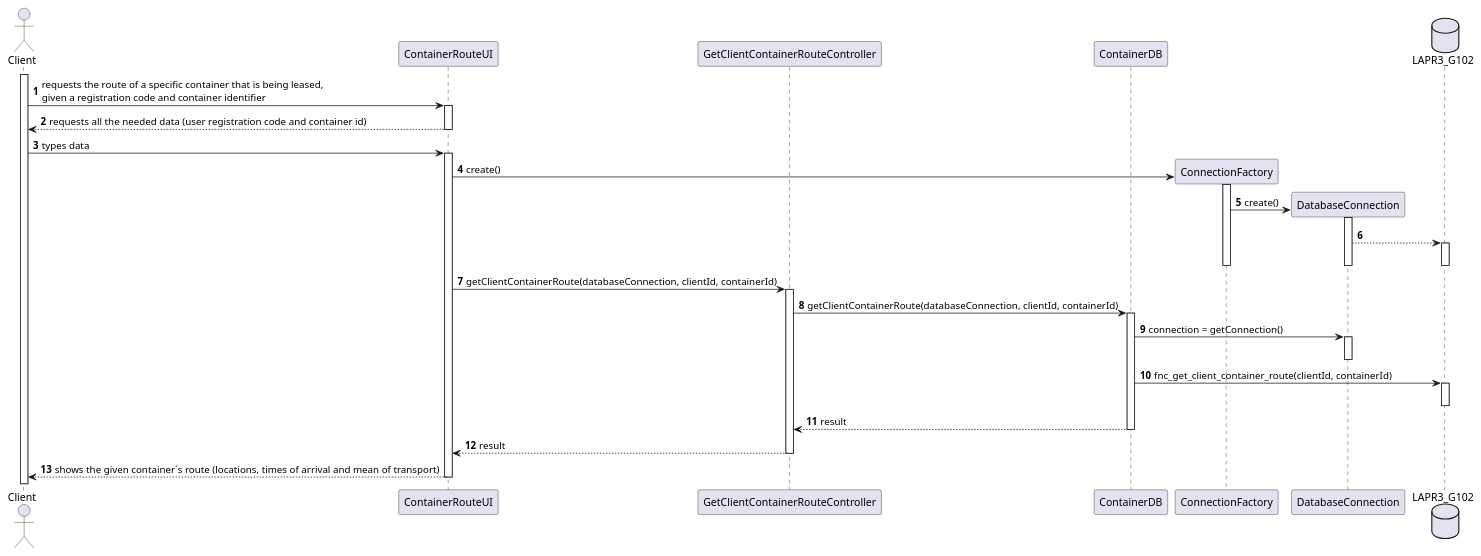
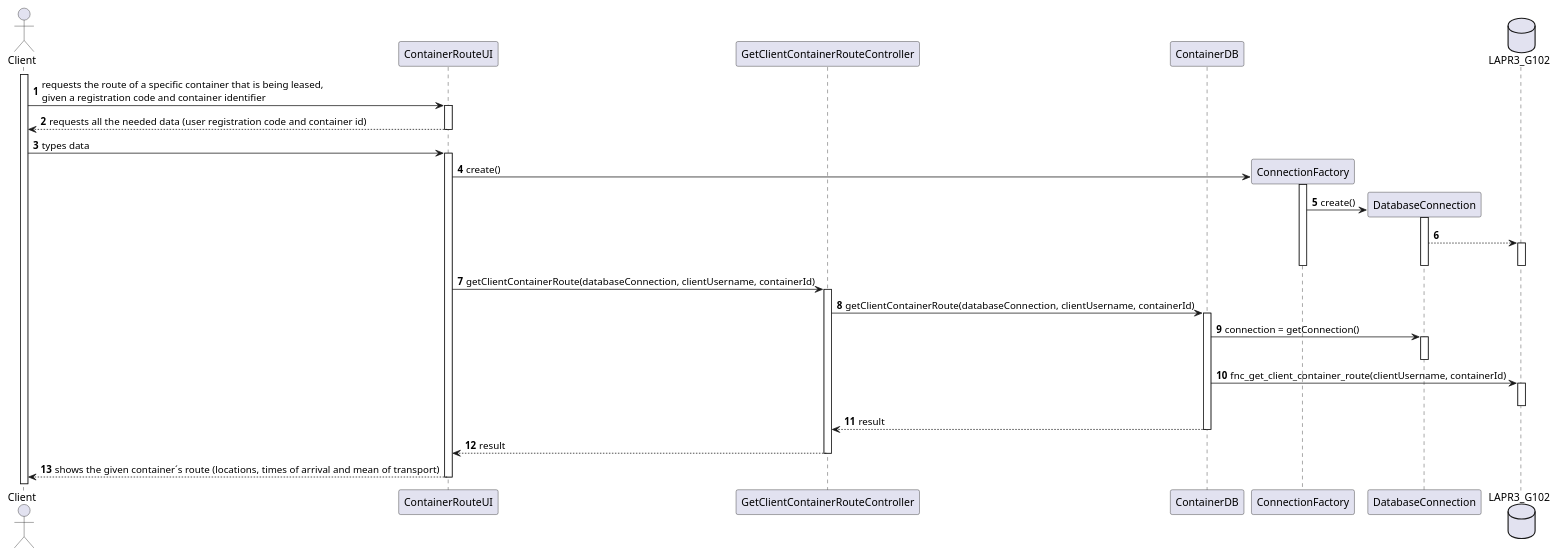
One commit to mpoboas/lapr3-2021-g102 changed the diagram in docs/Sprint3/US305/US305_SD.puml. Above: the diagram before and after it, drawn with PlantUML. The commit also changed 10 other files, not shown here.

```diff
--- a/docs/Sprint3/US305/US305_SD.puml
+++ b/docs/Sprint3/US305/US305_SD.puml
@@ -1,52 +1,52 @@
 @startuml
 autonumber
 'hide footbox
 
 actor "Client" as CL
 
 participant "ContainerRouteUI" as UI
 participant "GetClientContainerRouteController" as CTRL
 participant "ContainerDB" as CONTAINERDB
 participant ConnectionFactory as CF
 participant DatabaseConnection as DC
 database LAPR3_G102 as DB
 
 activate CL
 CL -> UI : requests the route of a specific container that is being leased,\ngiven a registration code and container identifier
 activate UI
 UI --> CL : requests all the needed data (user registration code and container id)
 deactivate UI
 
 CL -> UI : types data
 activate UI
 
 UI -> CF** : create()
 activate CF
 CF -> DC** : create()
 activate DC
 DC --> DB
 activate DB
 deactivate DB
 deactivate DC
 deactivate CF
 
-UI -> CTRL : getClientContainerRoute(databaseConnection, clientId, containerId)
+UI -> CTRL : getClientContainerRoute(databaseConnection, clientUsername, containerId)
 activate CTRL
-CTRL -> CONTAINERDB : getClientContainerRoute(databaseConnection, clientId, containerId)
+CTRL -> CONTAINERDB : getClientContainerRoute(databaseConnection, clientUsername, containerId)
 activate CONTAINERDB
 
 CONTAINERDB -> DC : connection = getConnection()
 activate DC
 deactivate DC
 
-CONTAINERDB -> DB : fnc_get_client_container_route(clientId, containerId)
+CONTAINERDB -> DB : fnc_get_client_container_route(clientUsername, containerId)
 activate DB
 deactivate DB
 CONTAINERDB --> CTRL : result
 deactivate CONTAINERDB
 deactivate CONTAINERDB
 CTRL --> UI : result
 deactivate CTRL
 UI --> CL : shows the given container´s route (locations, times of arrival and mean of transport)
 deactivate UI
 @enduml
```
